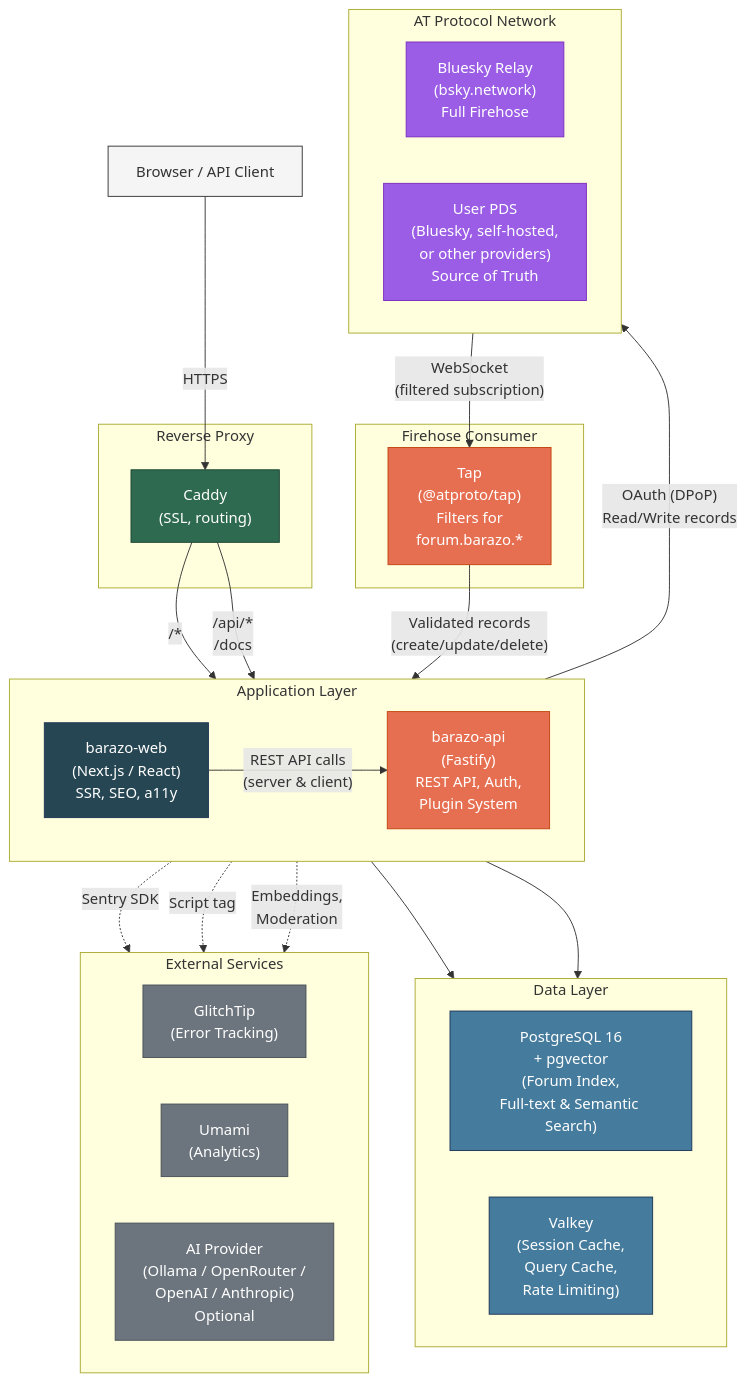
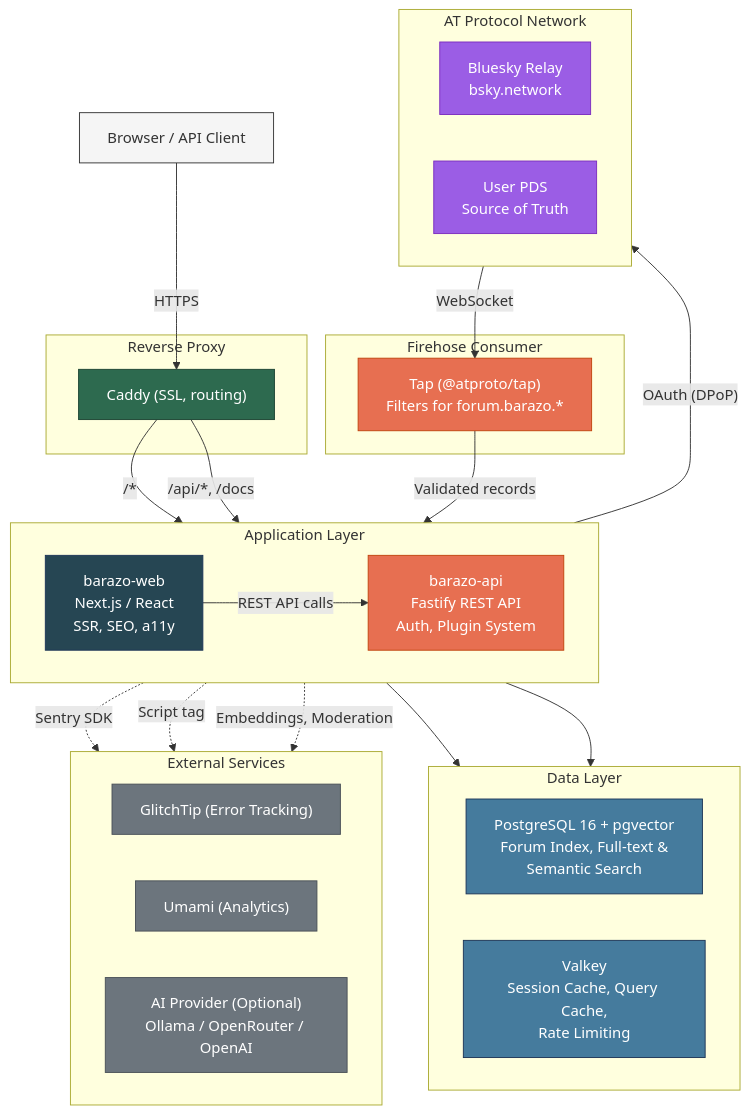
The first of 4 diagrams in ARCHITECTURE.md (atgora-forum/.github), drawn with Mermaid before and after one commit. The commit also changed other lines of this file, not shown here.

Commit message:
fix: clean up Mermaid labels, use line breaks only where needed
Short labels use spaces instead of line breaks. Edge labels kept
concise. Node labels only break where it aids readability.

````diff
--- a/ARCHITECTURE.md
+++ b/ARCHITECTURE.md
@@ -5,69 +5,69 @@
 ```mermaid
 graph TB
     %% ── Styling ──
     classDef user fill:#f5f5f5,stroke:#333,color:#333
     classDef proxy fill:#2d6a4f,stroke:#1b4332,color:#fff
     classDef frontend fill:#264653,stroke:#1d3557,color:#fff
     classDef backend fill:#e76f51,stroke:#c1440e,color:#fff
     classDef datastore fill:#457b9d,stroke:#1d3557,color:#fff
     classDef atproto fill:#9b5de5,stroke:#7b2cbf,color:#fff
     classDef external fill:#6c757d,stroke:#495057,color:#fff
 
     %% ── Users ──
     Browser["Browser / API Client"]:::user
 
     %% ── Edge Layer ──
     subgraph edge ["Reverse Proxy"]
-        Caddy["Caddy<br/>(SSL, routing)"]:::proxy
+        Caddy["Caddy (SSL, routing)"]:::proxy
     end
 
     Browser -->|"HTTPS"| Caddy
 
     %% ── Application Layer ──
     subgraph app ["Application Layer"]
         direction LR
-        Web["barazo-web<br/>(Next.js / React)<br/>SSR, SEO, a11y"]:::frontend
-        API["barazo-api<br/>(Fastify)<br/>REST API, Auth,<br/>Plugin System"]:::backend
+        Web["barazo-web<br/>Next.js / React<br/>SSR, SEO, a11y"]:::frontend
+        API["barazo-api<br/>Fastify REST API<br/>Auth, Plugin System"]:::backend
     end
 
     Caddy -->|"/*"| Web
-    Caddy -->|"/api/*<br/>/docs"| API
-    Web -->|"REST API calls<br/>(server & client)"| API
+    Caddy -->|"/api/*, /docs"| API
+    Web -->|"REST API calls"| API
 
     %% ── Data Layer ──
     subgraph data ["Data Layer"]
         direction LR
-        PG["PostgreSQL 16<br/>+ pgvector<br/>(Forum Index,<br/>Full-text & Semantic Search)"]:::datastore
-        VK["Valkey<br/>(Session Cache,<br/>Query Cache,<br/>Rate Limiting)"]:::datastore
+        PG["PostgreSQL 16 + pgvector<br/>Forum Index, Full-text &<br/>Semantic Search"]:::datastore
+        VK["Valkey<br/>Session Cache, Query Cache,<br/>Rate Limiting"]:::datastore
     end
 
     API --> PG
     API --> VK
 
     %% ── AT Protocol Layer ──
     subgraph atp ["AT Protocol Network"]
         direction LR
-        Relay["Bluesky Relay<br/>(bsky.network)<br/>Full Firehose"]:::atproto
-        PDS["User PDS<br/>(Bluesky, self-hosted,<br/>or other providers)<br/>Source of Truth"]:::atproto
+        Relay["Bluesky Relay<br/>bsky.network"]:::atproto
+        PDS["User PDS<br/>Source of Truth"]:::atproto
     end
 
     subgraph firehose ["Firehose Consumer"]
-        Tap["Tap<br/>(@atproto/tap)<br/>Filters for<br/>forum.barazo.*"]:::backend
+        Tap["Tap (@atproto/tap)<br/>Filters for forum.barazo.*"]:::backend
     end
 
-    Relay -->|"WebSocket<br/>(filtered subscription)"| Tap
-    Tap -->|"Validated records<br/>(create/update/delete)"| API
-    API -->|"OAuth (DPoP)<br/>Read/Write records"| PDS
+    Relay -->|"WebSocket"| Tap
+    Tap -->|"Validated records"| API
+    API -->|"OAuth (DPoP)"| PDS
 
     %% ── External Integrations ──
     subgraph ext ["External Services"]
         direction LR
-        GT["GlitchTip<br/>(Error Tracking)"]:::external
-        UM["Umami<br/>(Analytics)"]:::external
-        AI["AI Provider<br/>(Ollama / OpenRouter /<br/>OpenAI / Anthropic)<br/>Optional"]:::external
+        GT["GlitchTip (Error Tracking)"]:::external
+        UM["Umami (Analytics)"]:::external
+        AI["AI Provider (Optional)<br/>Ollama / OpenRouter / OpenAI"]:::external
     end
 
     API -.->|"Sentry SDK"| GT
     Web -.->|"Script tag"| UM
-    API -.->|"Embeddings,<br/>Moderation"| AI
+    API -.->|"Embeddings, Moderation"| AI
 ```
````
